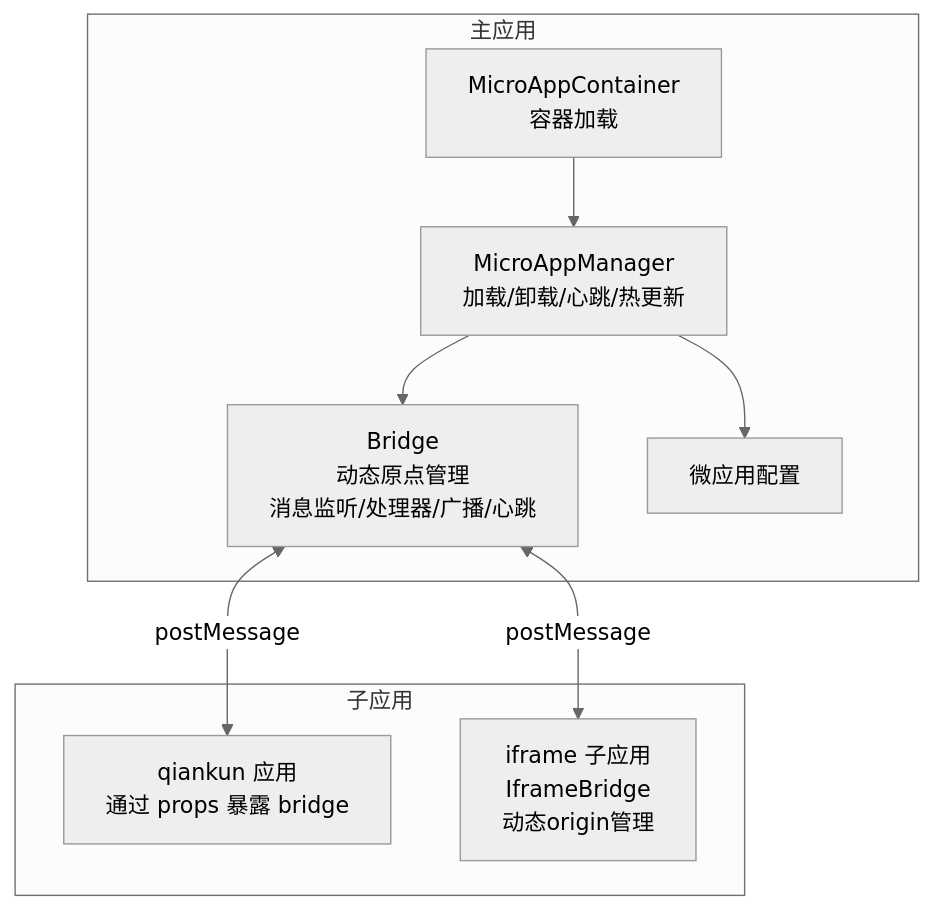
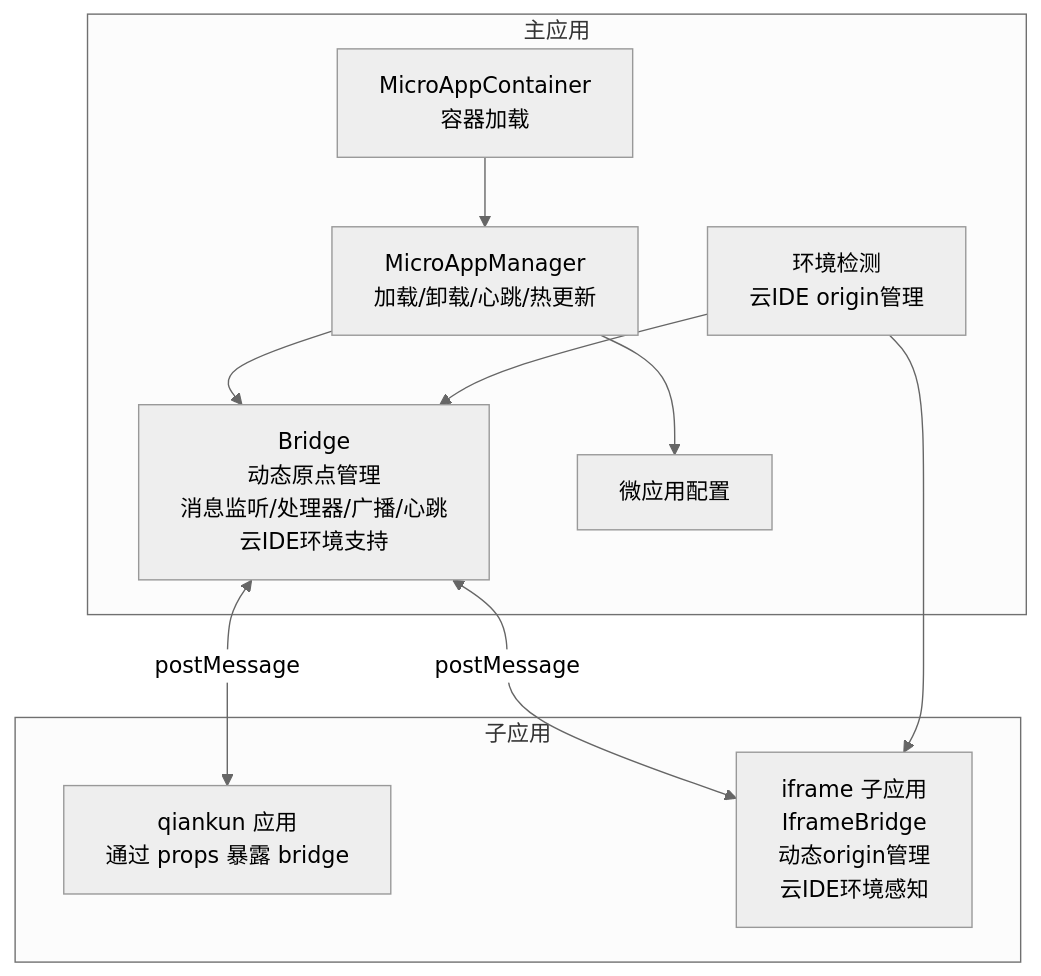
One commit to my-Sitara/artisan-base-frontend changed the first of 9 diagrams in .qoder/repowiki/zh/content/架构设计/通信架构.md. Above: the diagram before and after it, drawn with Mermaid (neutral theme). The commit also changed other lines of this file and 25 other files, not shown here.

````diff
--- a/.qoder/repowiki/zh/content/架构设计/通信架构.md
+++ b/.qoder/repowiki/zh/content/架构设计/通信架构.md
@@ -46,18 +50,21 @@
 ```mermaid
 graph TB
 subgraph "主应用"
-MA_Bridge["Bridge<br/>动态原点管理<br/>消息监听/处理器/广播/心跳"]
+MA_Bridge["Bridge<br/>动态原点管理<br/>消息监听/处理器/广播/心跳<br/>云IDE环境支持"]
 MA_Manager["MicroAppManager<br/>加载/卸载/心跳/热更新"]
 MA_Config["微应用配置"]
 MA_Container["MicroAppContainer<br/>容器加载"]
+MA_Env["环境检测<br/>云IDE origin管理"]
 end
 subgraph "子应用"
 Qiankun_App["qiankun 应用<br/>通过 props 暴露 bridge"]
-Iframe_App["iframe 子应用<br/>IframeBridge<br/>动态origin管理"]
+Iframe_App["iframe 子应用<br/>IframeBridge<br/>动态origin管理<br/>云IDE环境感知"]
 end
 MA_Bridge <-- postMessage --> Qiankun_App
 MA_Bridge <-- postMessage --> Iframe_App
 MA_Manager --> MA_Bridge
 MA_Manager --> MA_Config
 MA_Container --> MA_Manager
+MA_Env --> MA_Bridge
+MA_Env --> Iframe_App
 ```
````
